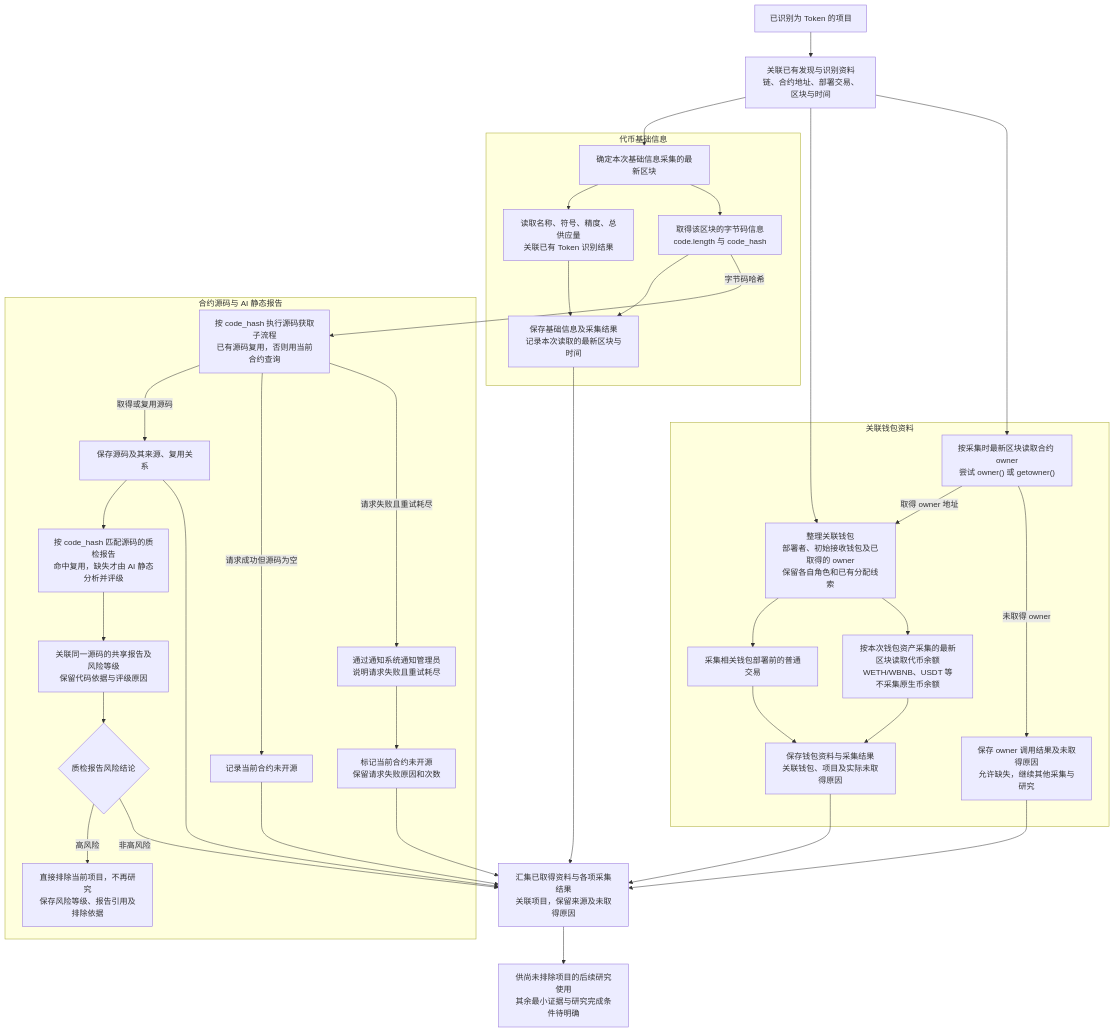
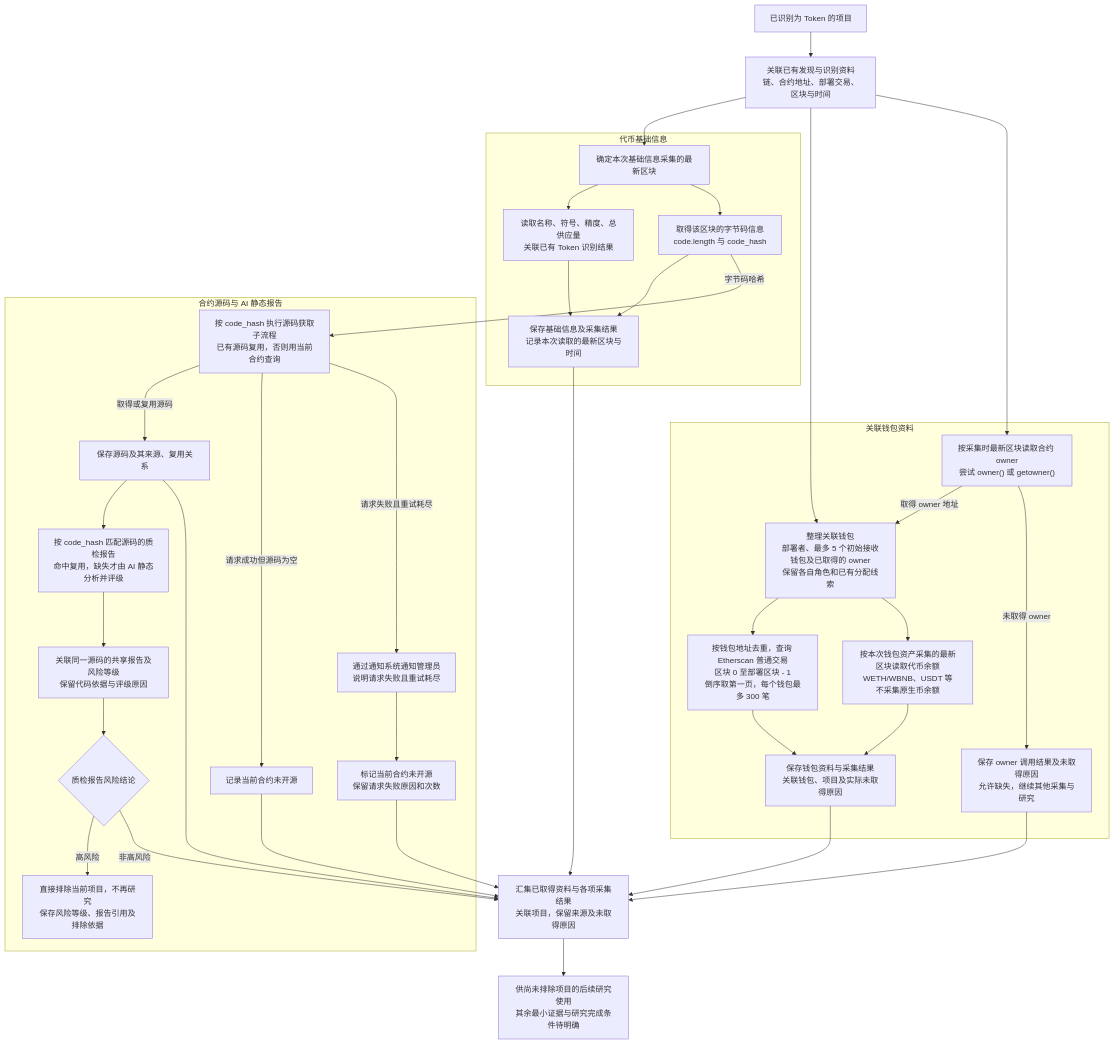
Before and after one commit to useryege/athena-o: the diagram in docs/project/token-research-materials-flow.md, drawn with Mermaid. The commit also changed other lines of this file and 5 other files, not shown here.

````diff
--- a/docs/project/token-research-materials-flow.md
+++ b/docs/project/token-research-materials-flow.md
@@ -11,60 +11,60 @@
 ```mermaid
 flowchart TD
     A["已识别为 Token 的项目"] --> B["关联已有发现与识别资料<br/>链、合约地址、部署交易、区块与时间"]
 
     subgraph basic["代币基础信息"]
         Q["确定本次基础信息采集的最新区块"]
         C["读取名称、符号、精度、总供应量<br/>关联已有 Token 识别结果"]
         D["取得该区块的字节码信息<br/>code.length 与 code_hash"]
         E["保存基础信息及采集结果<br/>记录本次读取的最新区块与时间"]
         Q --> C
         Q --> D
         C --> E
         D --> E
     end
 
     subgraph source["合约源码与 AI 静态报告"]
         F["按 code_hash 执行源码获取子流程<br/>已有源码复用，否则用当前合约查询"]
         G["保存源码及其来源、复用关系"]
         H["记录当前合约未开源"]
         I["通过通知系统通知管理员<br/>说明请求失败且重试耗尽"]
         I2["标记当前合约未开源<br/>保留请求失败原因和次数"]
         F -->|取得或复用源码| G
         G --> SR["按 code_hash 匹配源码的质检报告<br/>命中复用，缺失才由 AI 静态分析并评级"]
         SR --> ST["关联同一源码的共享报告及风险等级<br/>保留代码依据与评级原因"]
         ST --> RISK{"质检报告风险结论"}
         RISK -->|高风险| EX["直接排除当前项目，不再研究<br/>保存风险等级、报告引用及排除依据"]
         F -->|请求成功但源码为空| H
         F -->|请求失败且重试耗尽| I
         I --> I2
     end
 
     subgraph wallets["关联钱包资料"]
         O["按采集时最新区块读取合约 owner<br/>尝试 owner() 或 getowner()"]
         O2["保存 owner 调用结果及未取得原因<br/>允许缺失，继续其他采集与研究"]
-        J["整理关联钱包<br/>部署者、初始接收钱包及已取得的 owner<br/>保留各自角色和已有分配线索"]
-        K["采集相关钱包部署前的普通交易"]
+        J["整理关联钱包<br/>部署者、最多 5 个初始接收钱包及已取得的 owner<br/>保留各自角色和已有分配线索"]
+        K["按钱包地址去重，查询 Etherscan 普通交易<br/>区块 0 至部署区块 - 1<br/>倒序取第一页，每个钱包最多 300 笔"]
         L["按本次钱包资产采集的最新区块读取代币余额<br/>WETH/WBNB、USDT 等<br/>不采集原生币余额"]
         M["保存钱包资料与采集结果<br/>关联钱包、项目及实际未取得原因"]
         O -->|取得 owner 地址| J
         O -->|未取得 owner| O2
         J --> K
         J --> L
         K --> M
         L --> M
     end
 
     B --> Q
     D -->|字节码哈希| F
     B --> J
     B --> O
 
     E --> N["汇集已取得资料与各项采集结果<br/>关联项目，保留来源及未取得原因"]
     G --> N
     RISK -->|非高风险| N
     H --> N
     I2 --> N
     M --> N
     O2 --> N
     N --> P["供尚未排除项目的后续研究使用<br/>其余最小证据与研究完成条件待明确"]
 ```
````
